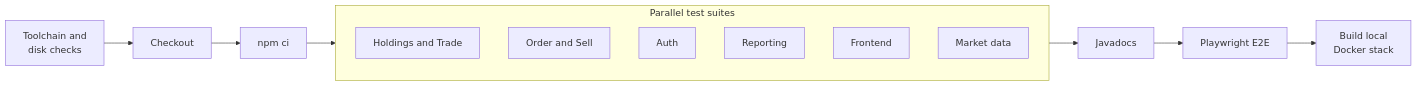
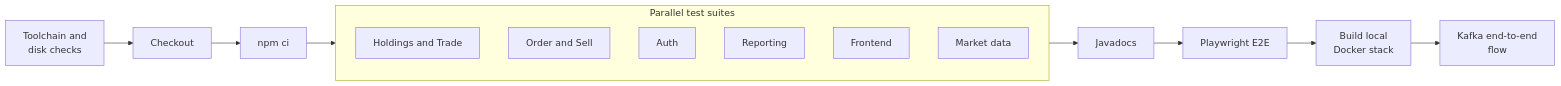
Before and after one commit to seankcheema/trading-season: the fifth of 5 diagrams in README.md, drawn with Mermaid. The commit also changed other lines of this file and 3 other files, not shown here.

First line of the commit message:
ci: DUA-65 prove the trade-events flow end to end in the pipeline

````diff
--- a/README.md
+++ b/README.md
@@ -150,14 +150,14 @@
 ```mermaid
 flowchart LR
     Pre["Toolchain and<br/>disk checks"] --> Checkout --> Deps["npm ci"]
     Deps --> Tests
     subgraph Tests["Parallel test suites"]
         T1["Holdings and Trade"]
         T2["Order and Sell"]
         T3["Auth"]
         T4["Reporting"]
         T5["Frontend"]
         T6["Market data"]
     end
-    Tests --> Docs["Javadocs"] --> E2E["Playwright E2E"] --> Stack["Build local<br/>Docker stack"]
+    Tests --> Docs["Javadocs"] --> E2E["Playwright E2E"] --> Stack["Build local<br/>Docker stack"] --> Flow["Kafka end-to-end<br/>flow"]
 ```
````
